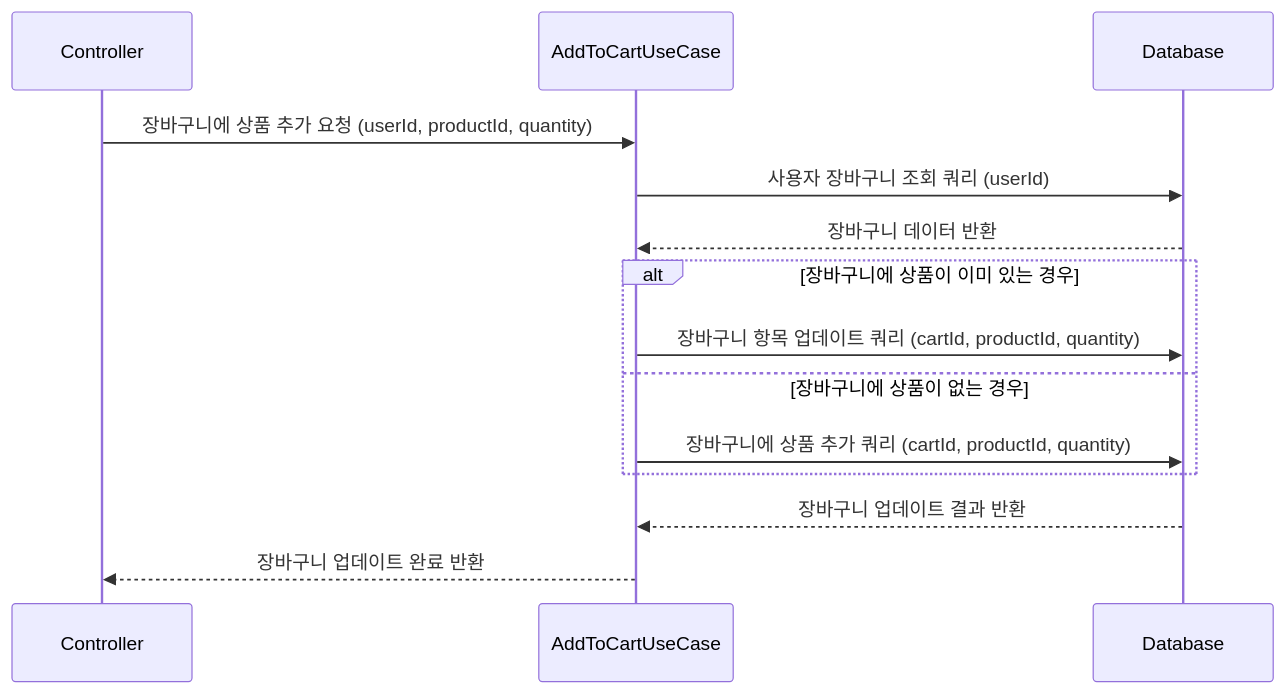
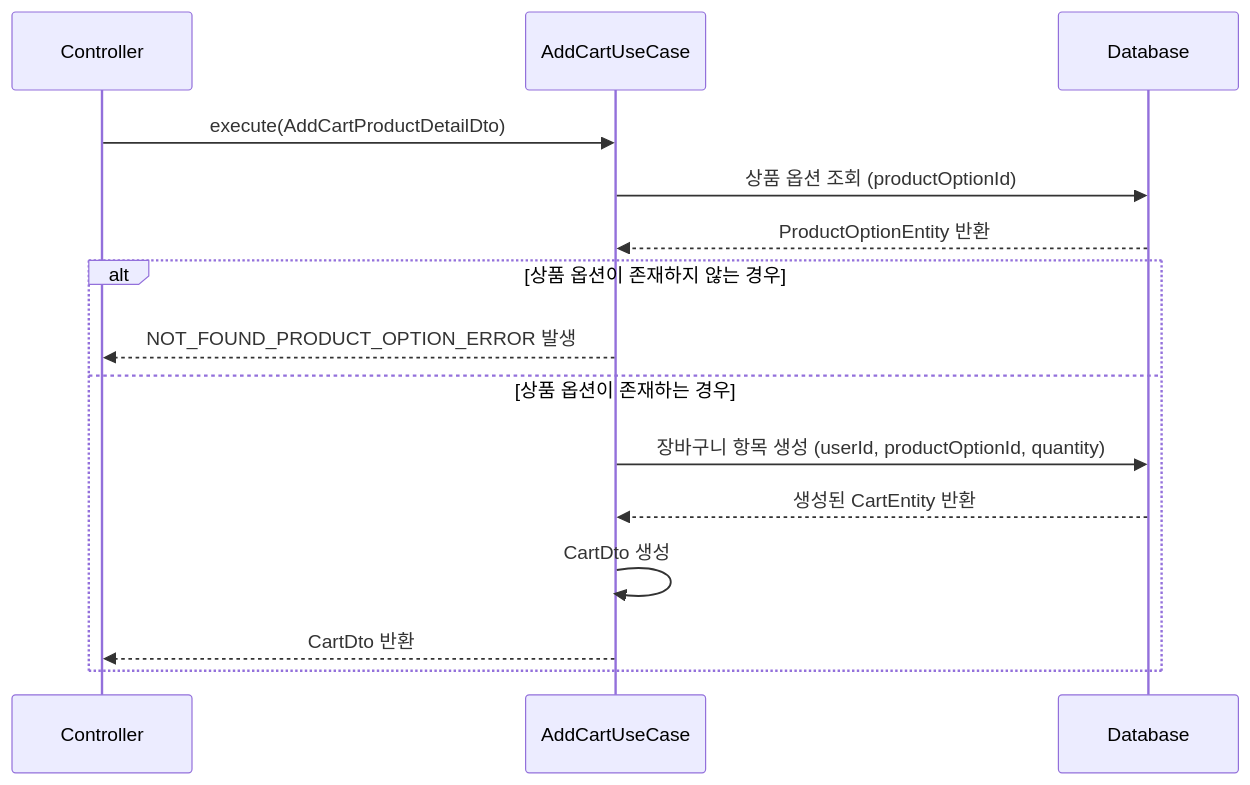
Before and after one commit to saint6839/hh-e-commerce: the eighth of 11 diagrams in README.md, drawn with Mermaid. The commit also changed other lines of this file, not shown here.

Commit message:
docs: README.md 시퀀스 다이어그램 수정 사항 반영

````diff
--- a/README.md
+++ b/README.md
@@ -135,14 +126,14 @@
 ```mermaid
 sequenceDiagram
-  Controller ->> AddToCartUseCase: 장바구니에 상품 추가 요청 (userId, productId, quantity)
-  AddToCartUseCase ->> Database: 사용자 장바구니 조회 쿼리 (userId)
-  Database -->> AddToCartUseCase: 장바구니 데이터 반환
-  alt 장바구니에 상품이 이미 있는 경우
-    AddToCartUseCase ->> Database: 장바구니 항목 업데이트 쿼리 (cartId, productId, quantity)
-  else 장바구니에 상품이 없는 경우
-    AddToCartUseCase ->> Database: 장바구니에 상품 추가 쿼리 (cartId, productId, quantity)
-  end
-  Database -->> AddToCartUseCase: 장바구니 업데이트 결과 반환
-  AddToCartUseCase -->> Controller: 장바구니 업데이트 완료 반환
-
+    Controller->>AddCartUseCase: execute(AddCartProductDetailDto)
+    AddCartUseCase->>Database: 상품 옵션 조회 (productOptionId)
+    Database-->>AddCartUseCase: ProductOptionEntity 반환
+    alt 상품 옵션이 존재하지 않는 경우
+        AddCartUseCase-->>Controller: NOT_FOUND_PRODUCT_OPTION_ERROR 발생
+    else 상품 옵션이 존재하는 경우
+        AddCartUseCase->>Database: 장바구니 항목 생성 (userId, productOptionId, quantity)
+        Database-->>AddCartUseCase: 생성된 CartEntity 반환
+        AddCartUseCase->>AddCartUseCase: CartDto 생성
+        AddCartUseCase-->>Controller: CartDto 반환
+    end
 ```
````
